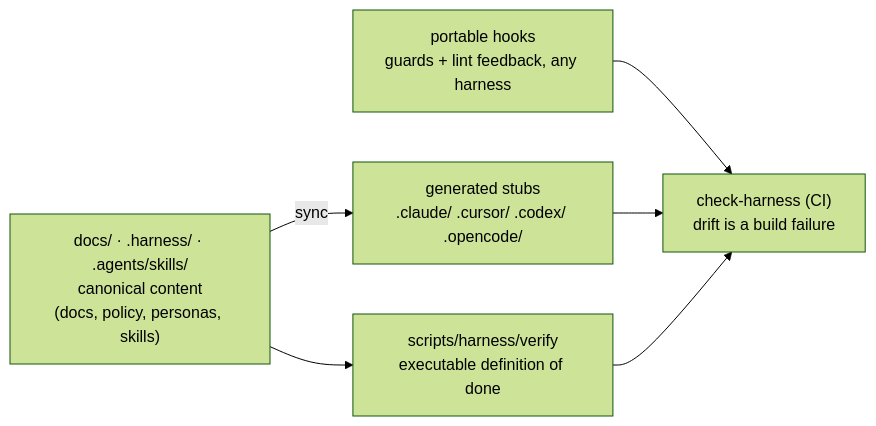
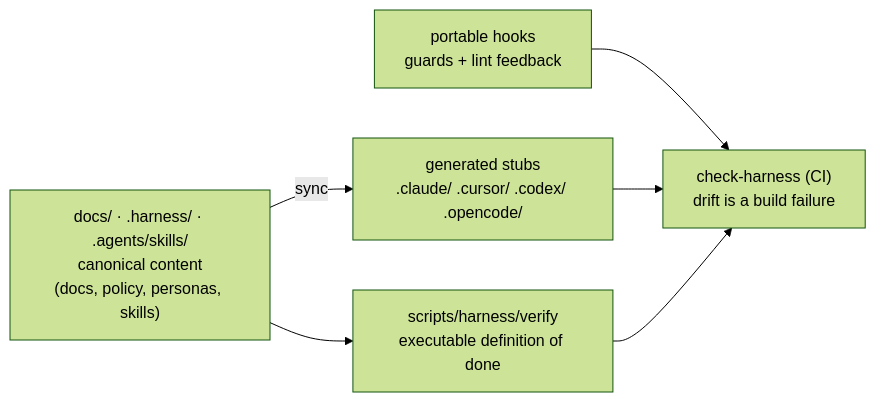
Before and after one commit to Neogenuity/harness-kit: the second of 2 diagrams in README.md, drawn with Mermaid (forest theme). The commit also changed other lines of this file, not shown here.

Commit message:
docs: reposition README around Harness Engineering outcomes

````diff
--- a/README.md
+++ b/README.md
@@ -17,13 +321,13 @@
 ```mermaid
 flowchart LR
     D["docs/ · .harness/ · .agents/skills/<br/>canonical content<br/>(docs, policy, personas, skills)"]
     V["scripts/harness/verify<br/>executable definition of done"]
     G["generated stubs<br/>.claude/ .cursor/ .codex/ .opencode/"]
-    H["portable hooks<br/>guards + lint feedback, any harness"]
+    H["portable hooks<br/>guards + lint feedback"]
     CI["check-harness (CI)<br/>drift is a build failure"]
     D -->|sync| G
     D --> V
     H --> CI
     G --> CI
     V --> CI
 ```
````
